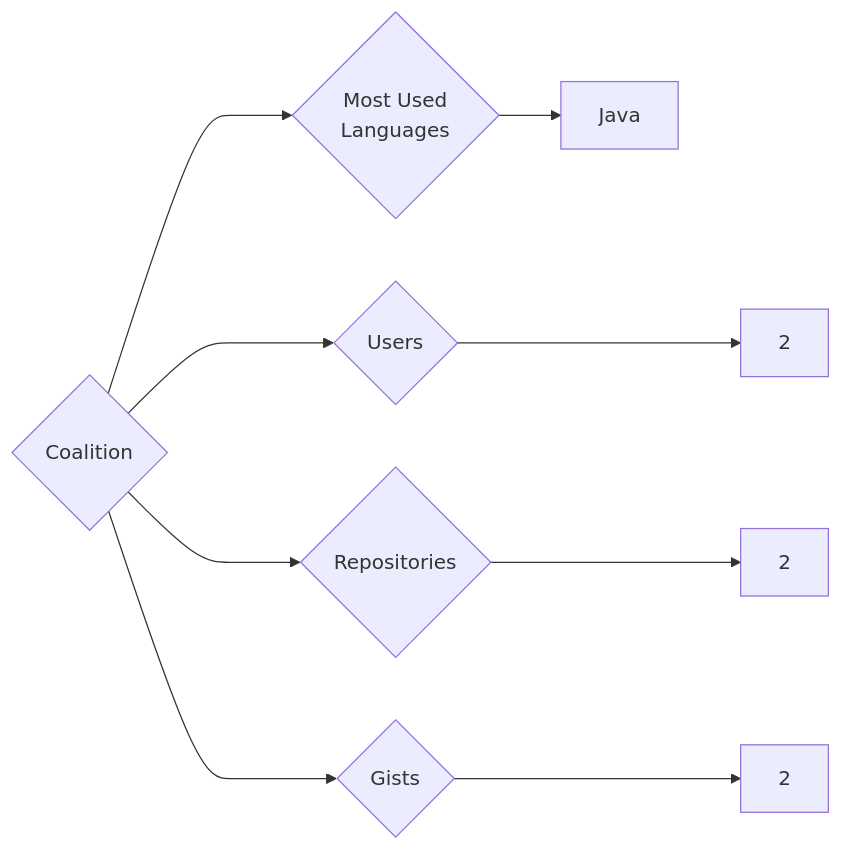
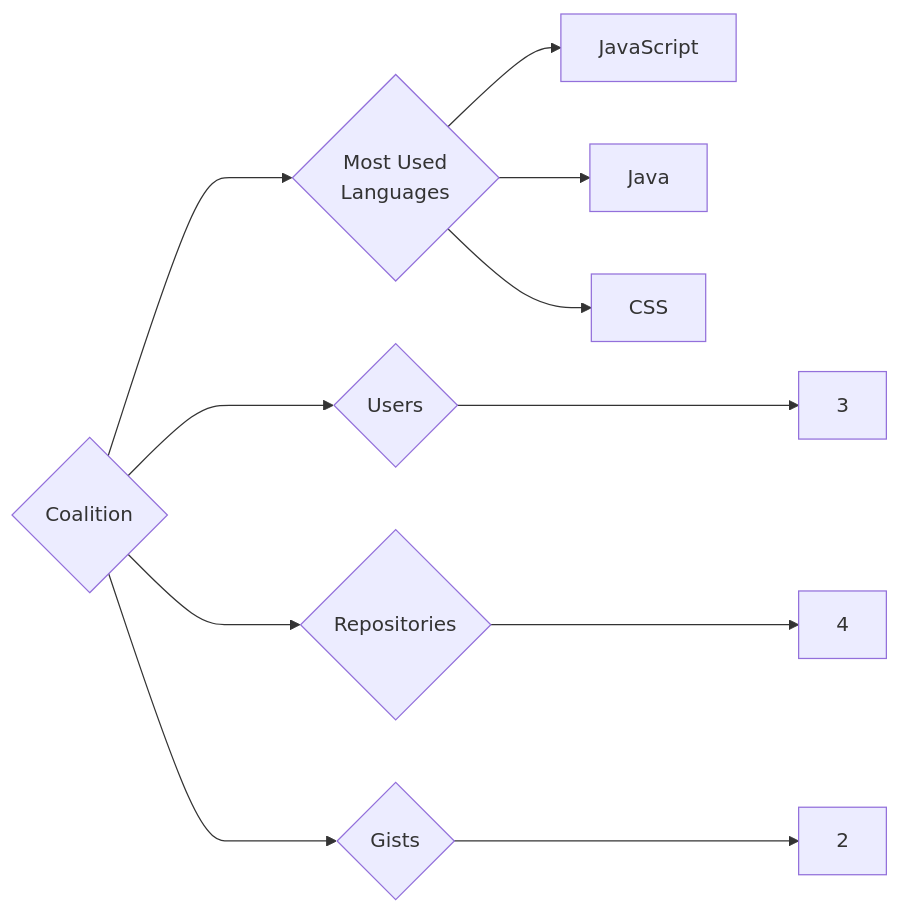
The diagram in targets/Coalition/README.md (trickest/insiders), drawn with Mermaid before and after one commit. The commit also changed 1084 other files, not shown here.

````diff
--- a/targets/Coalition/README.md
+++ b/targets/Coalition/README.md
@@ -3,9 +3,11 @@
 ```mermaid
 graph LR
 COMPANY_NAME{Coalition}
-COMPANY_NAME ---> U{Users} ---> UN[2]
-COMPANY_NAME ---> R{Repositories} ---> RN[2]
+COMPANY_NAME ---> U{Users} ---> UN[3]
+COMPANY_NAME ---> R{Repositories} ---> RN[4]
 COMPANY_NAME ---> G{Gists} ---> GN[2]
 COMPANY_NAME ---> ML{Most Used<br>Languages}
+ML --> JavaScript[JavaScript]
 ML --> Java[Java]
+ML --> CSS[CSS]
 ```
````
